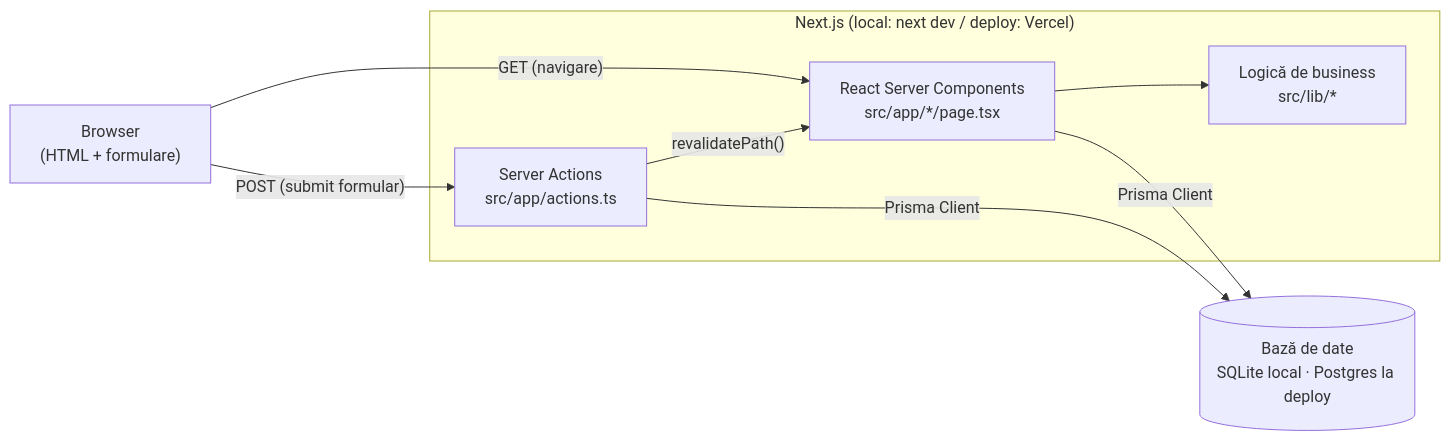
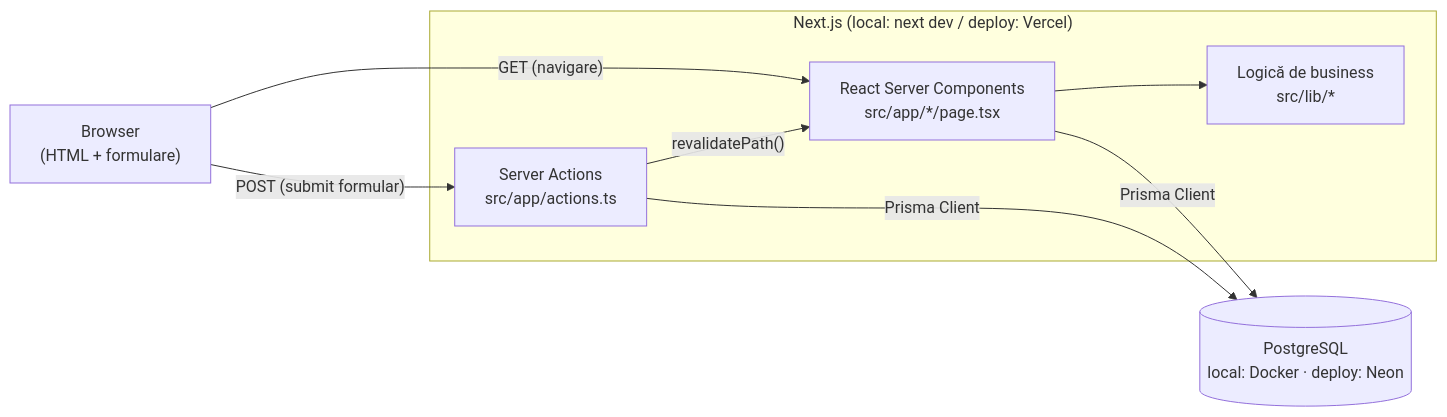
One commit to anapascu-08/expense-splitter changed the first of 5 diagrams in ARCHITECTURE.md. Above: the diagram before and after it, drawn with Mermaid. The commit also changed other lines of this file and 3 other files, not shown here.

First line of the commit message:
docs: PostgreSQL local dev + Vercel/Neon deploy

````diff
--- a/ARCHITECTURE.md
+++ b/ARCHITECTURE.md
@@ -19,17 +19,17 @@
 ```mermaid
 flowchart LR
   Browser["Browser<br/>(HTML + formulare)"]
   subgraph App["Next.js (local: next dev / deploy: Vercel)"]
     RSC["React Server Components<br/>src/app/*/page.tsx"]
     Actions["Server Actions<br/>src/app/actions.ts"]
     Logic["Logică de business<br/>src/lib/*"]
   end
-  DB[("Bază de date<br/>SQLite local · Postgres la deploy")]
+  DB[("PostgreSQL<br/>local: Docker · deploy: Neon")]
 
   Browser -- "GET (navigare)" --> RSC
   Browser -- "POST (submit formular)" --> Actions
   RSC --> Logic
   RSC -- "Prisma Client" --> DB
   Actions -- "Prisma Client" --> DB
   Actions -- "revalidatePath()" --> RSC
 ```
````
